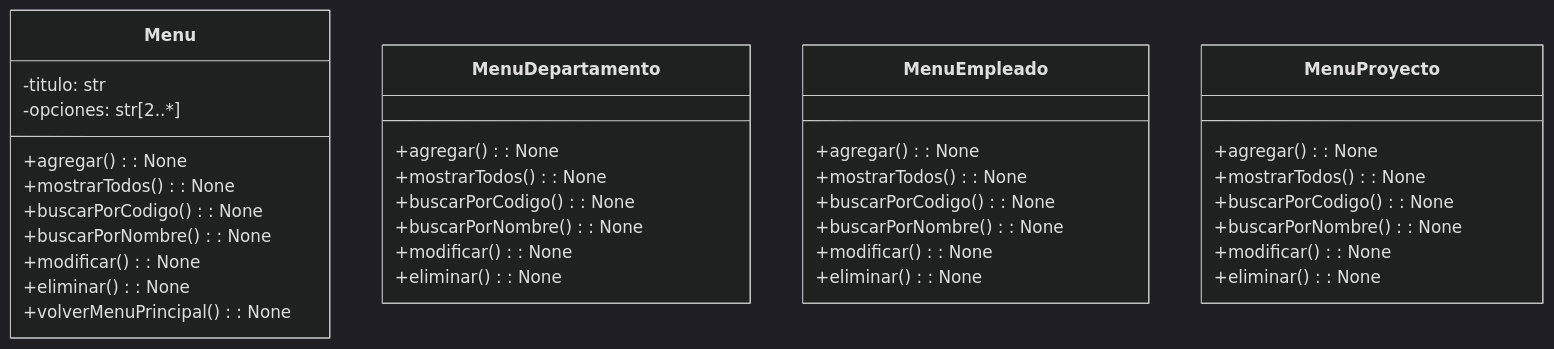
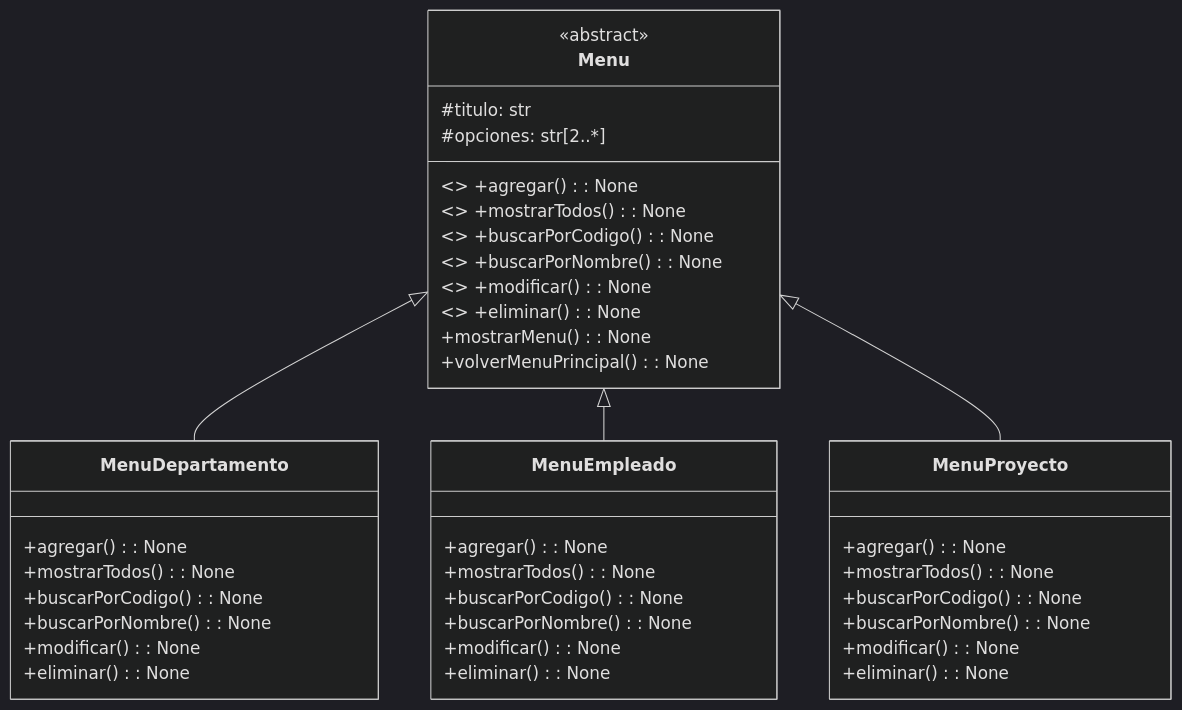
One commit to mc-herrera-90/gestion-empleados-por-capas changed the first of 2 diagrams in readme.md. Above: the diagram before and after it, drawn with Mermaid (dark theme).

````diff
--- a/readme.md
+++ b/readme.md
@@ -85,41 +85,49 @@
 ```mermaid
 classDiagram
     class Menu {
-        -titulo: str
-        -opciones: str[2..*]
-        +agregar(): None
-        +mostrarTodos(): None
-        +buscarPorCodigo(): None
-        +buscarPorNombre(): None
-        +modificar(): None
-        +eliminar(): None
+        <<abstract>>
+        #titulo: str
+        #opciones: str[2..*]
+
+        <<abstract>> +agregar(): None
+        <<abstract>> +mostrarTodos(): None
+        <<abstract>> +buscarPorCodigo(): None
+        <<abstract>> +buscarPorNombre(): None
+        <<abstract>> +modificar(): None
+        <<abstract>> +eliminar(): None
+
+        +mostrarMenu(): None
         +volverMenuPrincipal(): None
     }
 
     class MenuDepartamento {
         +agregar(): None
         +mostrarTodos(): None
         +buscarPorCodigo(): None
         +buscarPorNombre(): None
         +modificar(): None
         +eliminar(): None
     }
 
     class MenuEmpleado {
         +agregar(): None
         +mostrarTodos(): None
         +buscarPorCodigo(): None
         +buscarPorNombre(): None
         +modificar(): None
         +eliminar(): None
     }
 
     class MenuProyecto {
         +agregar(): None
         +mostrarTodos(): None
         +buscarPorCodigo(): None
         +buscarPorNombre(): None
         +modificar(): None
         +eliminar(): None
     }
+
+    Menu <|-- MenuDepartamento
+    Menu <|-- MenuEmpleado
+    Menu <|-- MenuProyecto
 ```
````
